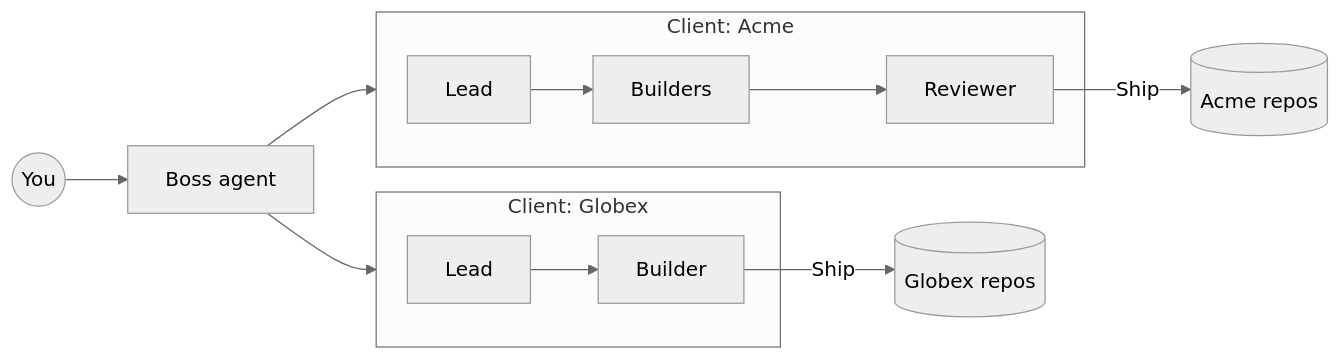
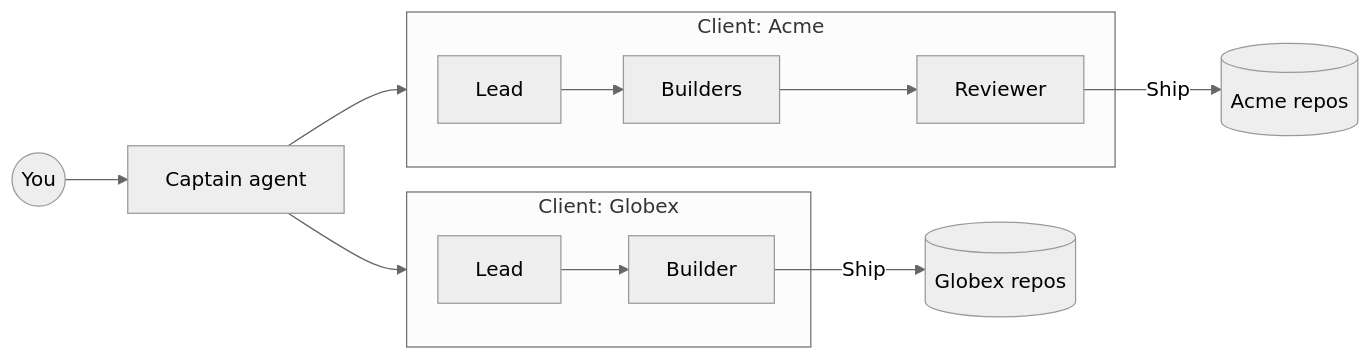
The diagram in README.md (ashik112/majhi), drawn with Mermaid (neutral theme) before and after one commit. The commit also changed other lines of this file and 117 other files, not shown here.

Commit message:
feat(ui): say captain instead of boss

````diff
--- a/README.md
+++ b/README.md
@@ -90,13 +90,13 @@
 ```mermaid
 flowchart LR
-  you((You)) --> boss[Boss agent]
+  you((You)) --> boss[Captain agent]
   boss --> acme & globex
   subgraph acme [Client: Acme]
     a1[Lead] --> a2[Builders] --> a3[Reviewer]
   end
   subgraph globex [Client: Globex]
     g1[Lead] --> g2[Builder]
   end
   a3 -->|Ship| arepo[(Acme repos)]
   g2 -->|Ship| grepo[(Globex repos)]
 ```
````
